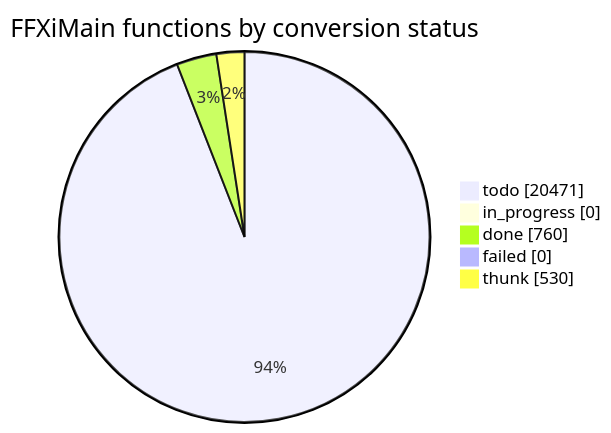
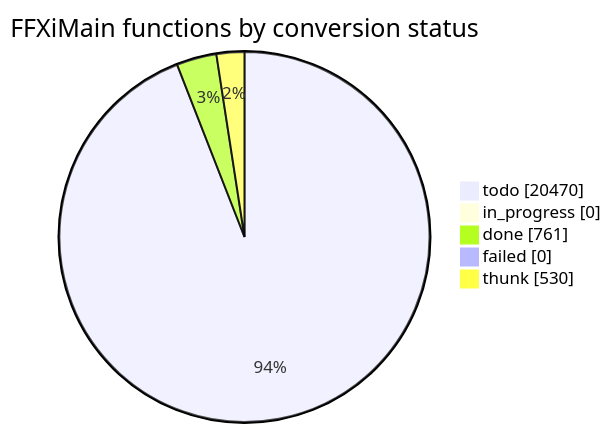
The diagram in docs/cow/STATUS.md (cowrevenge/cow_kuluu_xi_anything), drawn with Mermaid before and after one commit. The commit also changed other lines of this file and 9 other files, not shown here.

````diff
--- a/docs/cow/STATUS.md
+++ b/docs/cow/STATUS.md
@@ -18,9 +18,9 @@
 ```mermaid
 pie showData
     title FFXiMain functions by conversion status
-    "todo" : 20471
+    "todo" : 20470
     "in_progress" : 0
-    "done" : 760
+    "done" : 761
     "failed" : 0
     "thunk" : 530
 ```
````
